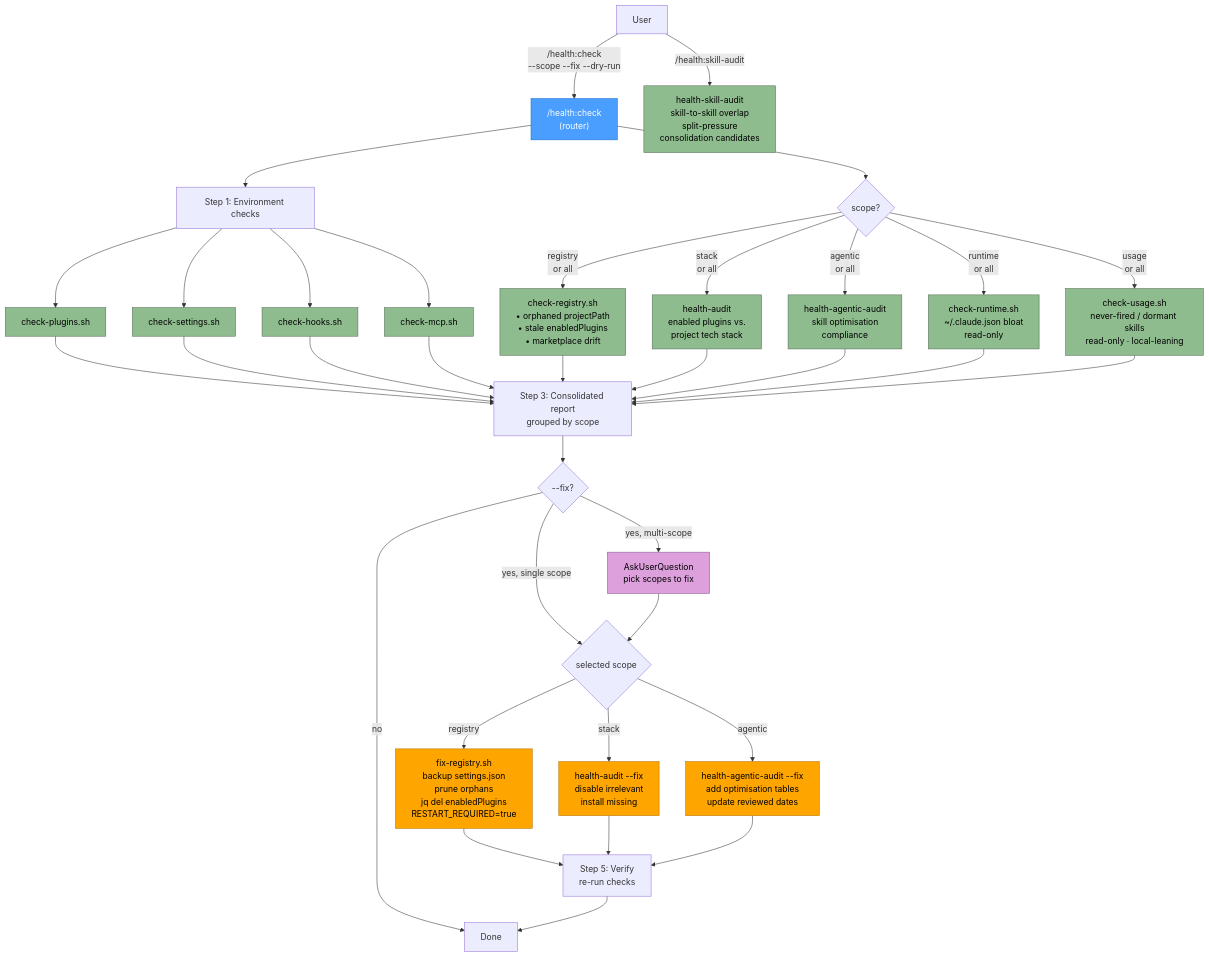
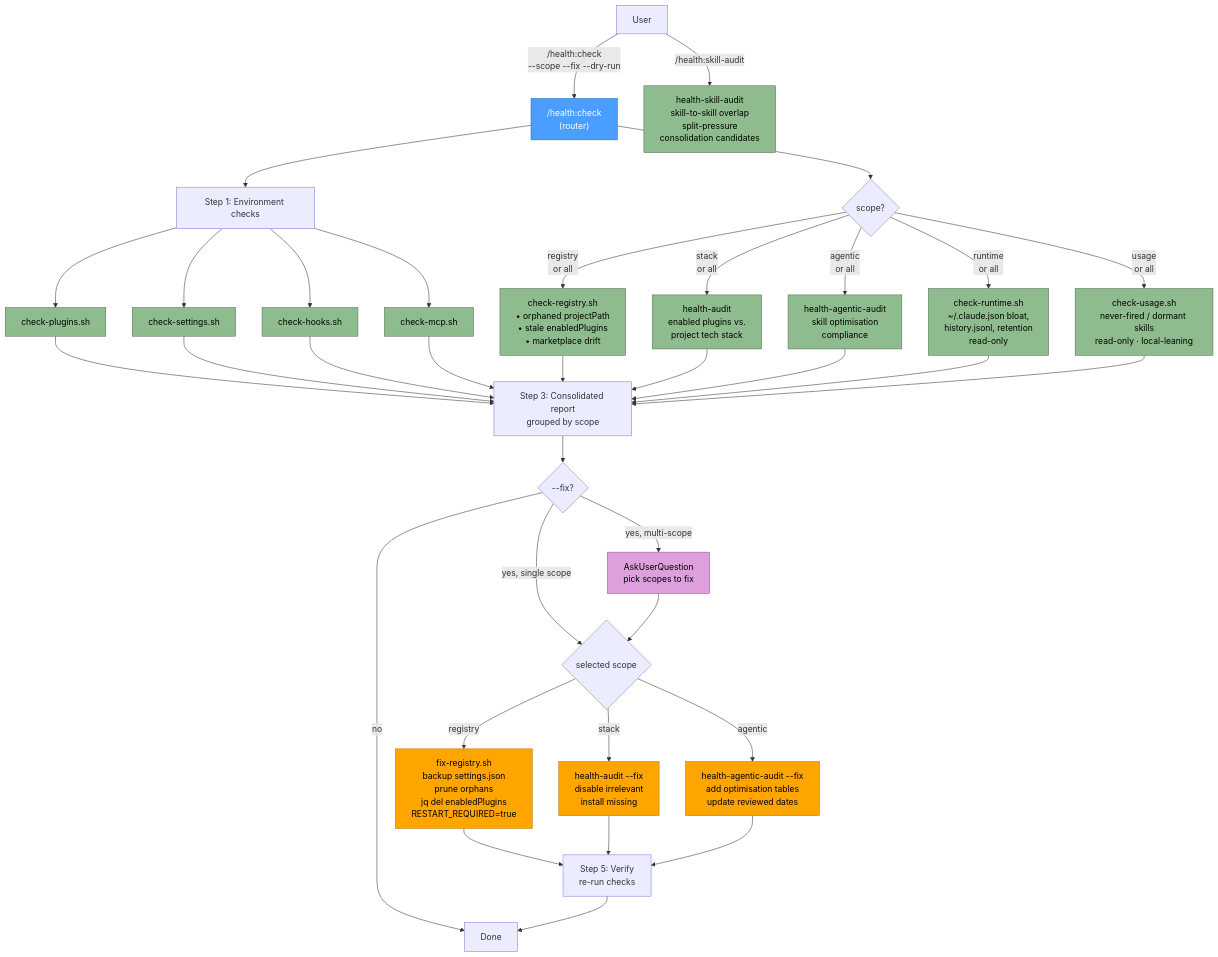
One commit to laurigates/claude-plugins changed the diagram in health-plugin/docs/flow.md. Above: the diagram before and after it, drawn with Mermaid. The commit also changed 13 other files, not shown here.

First line of the commit message:
feat(health-plugin): audit history.jsonl and cleanupPeriodDays retention (#2958)

````diff
--- a/health-plugin/docs/flow.md
+++ b/health-plugin/docs/flow.md
@@ -3,43 +3,43 @@
 ```mermaid
 flowchart TD
     U[User] -->|/health:check<br/>--scope --fix --dry-run| R["/health:check<br/>(router)"]
     U -->|/health:skill-audit| SA[health-skill-audit<br/>skill-to-skill overlap<br/>split-pressure<br/>consolidation candidates]
 
     R --> ENV[Step 1: Environment checks]
     ENV --> CP[check-plugins.sh]
     ENV --> CS[check-settings.sh]
     ENV --> CH[check-hooks.sh]
     ENV --> CM[check-mcp.sh]
 
     R --> SCOPE{scope?}
     SCOPE -->|registry<br/>or all| REG[check-registry.sh<br/>• orphaned projectPath<br/>• stale enabledPlugins<br/>• marketplace drift]
     SCOPE -->|stack<br/>or all| STK[health-audit<br/>enabled plugins vs.<br/>project tech stack]
     SCOPE -->|agentic<br/>or all| AGT[health-agentic-audit<br/>skill optimisation<br/>compliance]
-    SCOPE -->|runtime<br/>or all| RUN[check-runtime.sh<br/>~/.claude.json bloat<br/>read-only]
+    SCOPE -->|runtime<br/>or all| RUN[check-runtime.sh<br/>~/.claude.json bloat,<br/>history.jsonl, retention<br/>read-only]
     SCOPE -->|usage<br/>or all| USG[check-usage.sh<br/>never-fired / dormant skills<br/>read-only · local-leaning]
 
     CP & CS & CH & CM & REG & STK & AGT & RUN & USG --> RPT[Step 3: Consolidated report<br/>grouped by scope]
 
     RPT --> FIX{--fix?}
     FIX -->|no| DONE[Done]
     FIX -->|yes, multi-scope| ASK[AskUserQuestion<br/>pick scopes to fix]
     FIX -->|yes, single scope| DELEGATE
     ASK --> DELEGATE{selected scope}
 
     DELEGATE -->|registry| FR[fix-registry.sh<br/>backup settings.json<br/>prune orphans<br/>jq del enabledPlugins<br/>RESTART_REQUIRED=true]
     DELEGATE -->|stack| FS[health-audit --fix<br/>disable irrelevant<br/>install missing]
     DELEGATE -->|agentic| FA[health-agentic-audit --fix<br/>add optimisation tables<br/>update reviewed dates]
 
     FR & FS & FA --> VER[Step 5: Verify<br/>re-run checks]
     VER --> DONE
 
     classDef router fill:#4a9eff,stroke:#1a6ecc,color:#fff
     classDef check fill:#8fbc8f,stroke:#556b55,color:#000
     classDef fix fill:#ffa500,stroke:#b37400,color:#000
     classDef prompt fill:#dda0dd,stroke:#8b5a8b,color:#000
 
     class R router
     class CP,CS,CH,CM,REG,STK,AGT,RUN,USG,SA check
     class FR,FS,FA fix
     class ASK prompt
 ```
````
